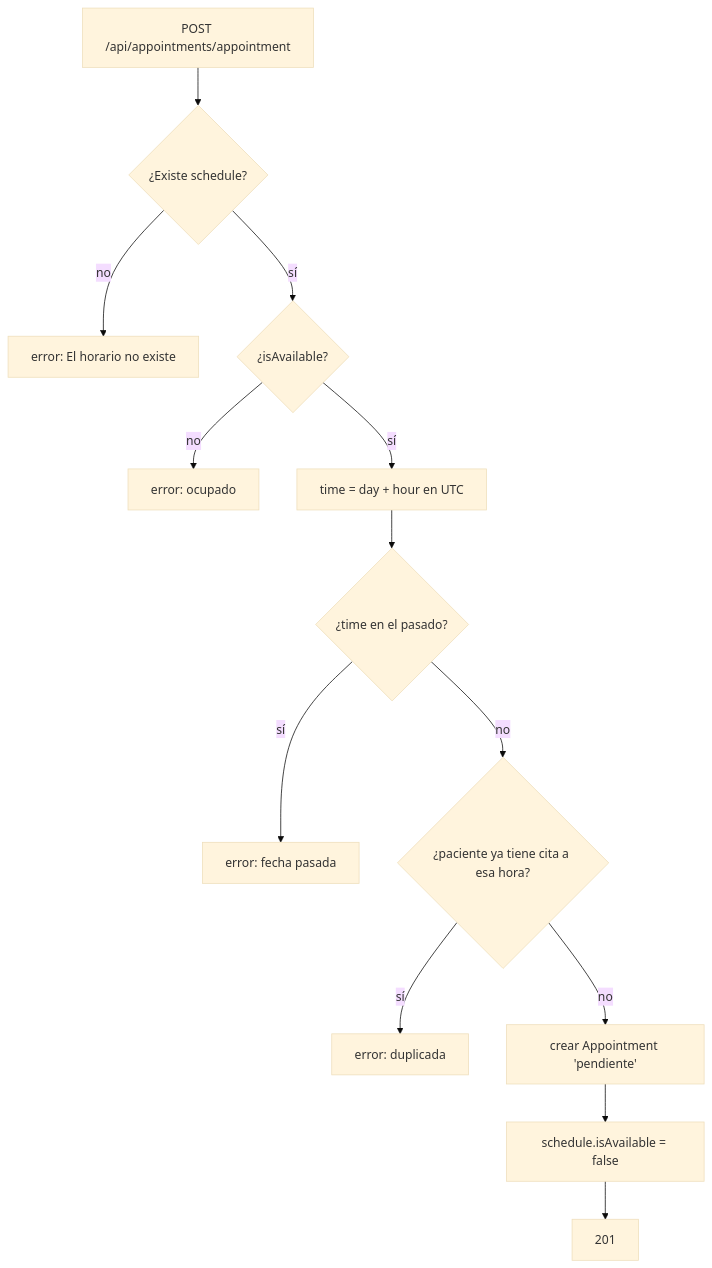
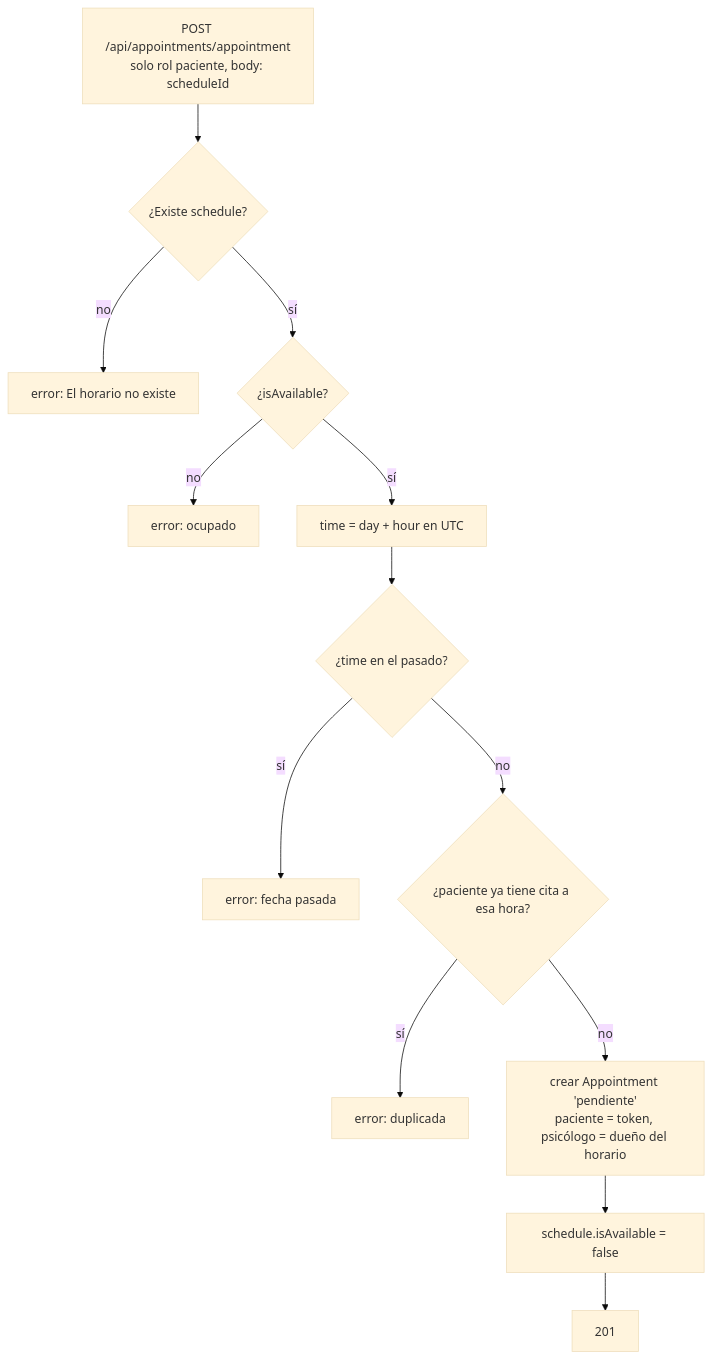
Before and after one commit to raug09/Magicamente: the second of 2 diagrams in docs/04-flujos.md, drawn with Mermaid (base theme). The commit also changed other lines of this file and 7 other files, not shown here.

````diff
--- a/docs/04-flujos.md
+++ b/docs/04-flujos.md
@@ -33,15 +34,15 @@
 ```mermaid
 flowchart TD
-  A[POST /api/appointments/appointment] --> B{¿Existe schedule?}
+  A[POST /api/appointments/appointment<br/>solo rol paciente, body: scheduleId] --> B{¿Existe schedule?}
   B -- no --> X1[error: El horario no existe]
   B -- sí --> C{¿isAvailable?}
   C -- no --> X2[error: ocupado]
   C -- sí --> D[time = day + hour en UTC]
   D --> E{¿time en el pasado?}
   E -- sí --> X3[error: fecha pasada]
   E -- no --> F{¿paciente ya tiene cita a esa hora?}
   F -- sí --> X4[error: duplicada]
-  F -- no --> G[crear Appointment 'pendiente']
+  F -- no --> G[crear Appointment 'pendiente'<br/>paciente = token, psicólogo = dueño del horario]
   G --> H[schedule.isAvailable = false]
   H --> OK[201]
 ```
````
